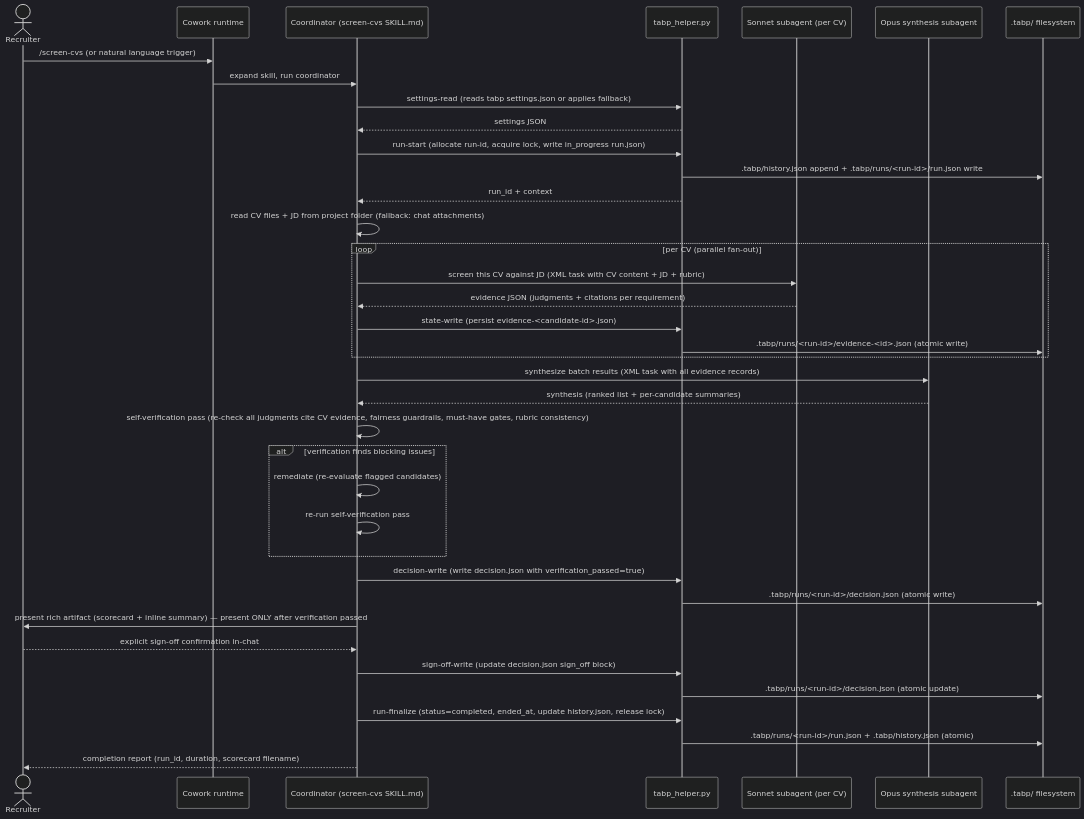
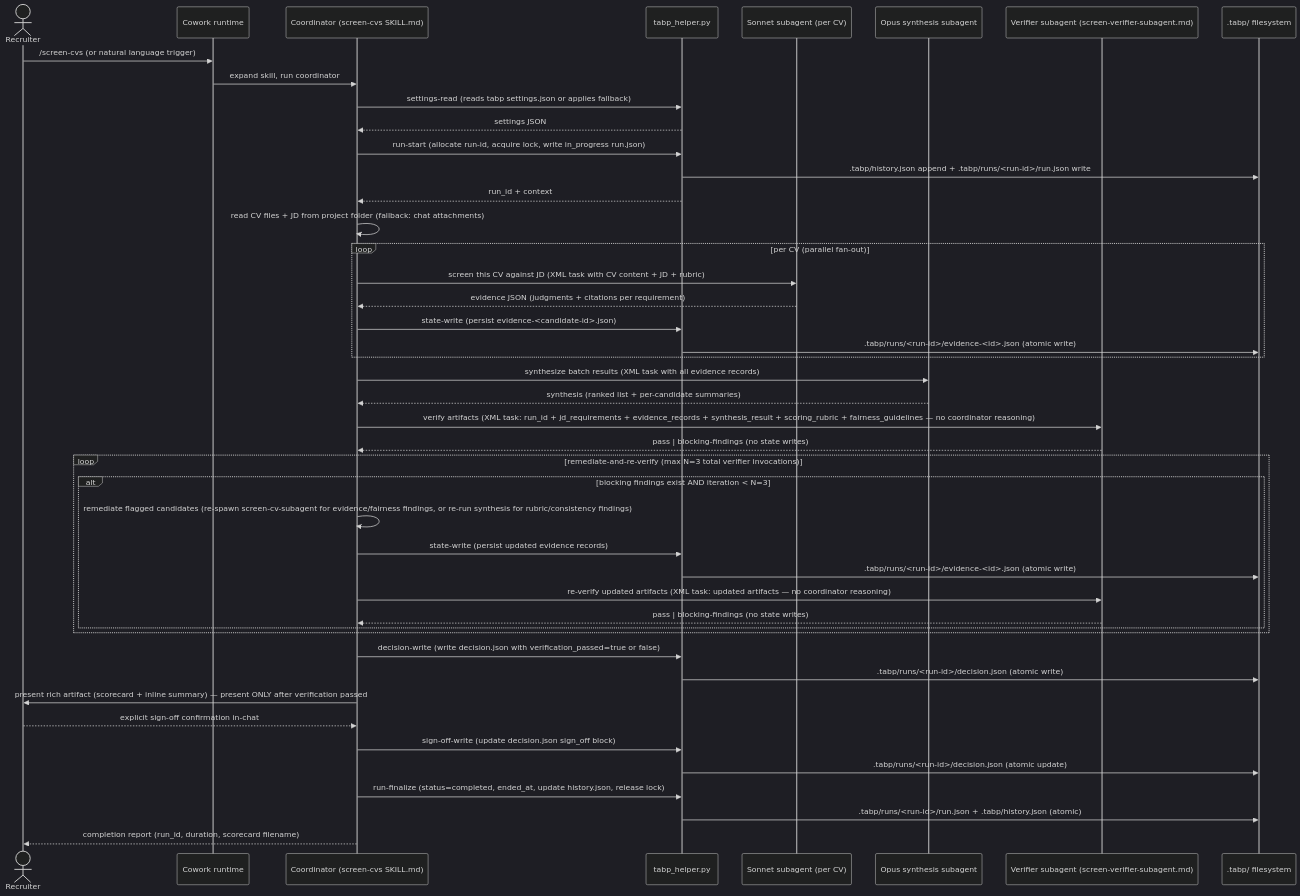
Before and after one commit to globalmindsolution/gms-marketplace: the diagram in docs/architecture/lld/flows/tabp-screening-state-write.md, drawn with Mermaid (dark theme). The commit also changed other lines of this file and 7 other files, not shown here.

First line of the commit message:
[MAR-37] screen-verifier-subagent and screen-cvs Step 5a independent-reflection rewrite (#95)

````diff
--- a/docs/architecture/lld/flows/tabp-screening-state-write.md
+++ b/docs/architecture/lld/flows/tabp-screening-state-write.md
@@ -15,41 +15,48 @@
 ```mermaid
 sequenceDiagram
     actor REC as Recruiter
     participant CW as Cowork runtime
     participant CO as Coordinator (screen-cvs SKILL.md)
     participant TH as tabp_helper.py
     participant SON as Sonnet subagent (per CV)
     participant OPU as Opus synthesis subagent
+    participant VER as Verifier subagent (screen-verifier-subagent.md)
     participant FS as .tabp/ filesystem
 
     REC->>CW: /screen-cvs (or natural language trigger)
     CW->>CO: expand skill, run coordinator
     CO->>TH: settings-read (reads tabp settings.json or applies fallback)
     TH-->>CO: settings JSON
     CO->>TH: run-start (allocate run-id, acquire lock, write in_progress run.json)
     TH->>FS: .tabp/history.json append + .tabp/runs/<run-id>/run.json write
     TH-->>CO: run_id + context
     CO->>CO: read CV files + JD from project folder (fallback: chat attachments)
     loop per CV (parallel fan-out)
         CO->>SON: screen this CV against JD (XML task with CV content + JD + rubric)
         SON-->>CO: evidence JSON (judgments + citations per requirement)
         CO->>TH: state-write (persist evidence-<candidate-id>.json)
         TH->>FS: .tabp/runs/<run-id>/evidence-<id>.json (atomic write)
     end
     CO->>OPU: synthesize batch results (XML task with all evidence records)
     OPU-->>CO: synthesis (ranked list + per-candidate summaries)
-    CO->>CO: self-verification pass (re-check all judgments cite CV evidence, fairness guardrails, must-have gates, rubric consistency)
-    alt verification finds blocking issues
-        CO->>CO: remediate (re-evaluate flagged candidates)
-        CO->>CO: re-run self-verification pass
+    CO->>VER: verify artifacts (XML task: run_id + jd_requirements + evidence_records + synthesis_result + scoring_rubric + fairness_guidelines — no coordinator reasoning)
+    VER-->>CO: pass | blocking-findings (no state writes)
+    loop remediate-and-re-verify (max N=3 total verifier invocations)
+        alt blocking findings exist AND iteration < N=3
+            CO->>CO: remediate flagged candidates (re-spawn screen-cv-subagent for evidence/fairness findings, or re-run synthesis for rubric/consistency findings)
+            CO->>TH: state-write (persist updated evidence records)
+            TH->>FS: .tabp/runs/<run-id>/evidence-<id>.json (atomic write)
+            CO->>VER: re-verify updated artifacts (XML task: updated artifacts — no coordinator reasoning)
+            VER-->>CO: pass | blocking-findings (no state writes)
+        end
     end
-    CO->>TH: decision-write (write decision.json with verification_passed=true)
+    CO->>TH: decision-write (write decision.json with verification_passed=true or false)
     TH->>FS: .tabp/runs/<run-id>/decision.json (atomic write)
     CO->>REC: present rich artifact (scorecard + inline summary) — present ONLY after verification passed
     REC-->>CO: explicit sign-off confirmation in-chat
     CO->>TH: sign-off-write (update decision.json sign_off block)
     TH->>FS: .tabp/runs/<run-id>/decision.json (atomic update)
     CO->>TH: run-finalize (status=completed, ended_at, update history.json, release lock)
     TH->>FS: .tabp/runs/<run-id>/run.json + .tabp/history.json (atomic)
     CO-->>REC: completion report (run_id, duration, scorecard filename)
 ```
````
